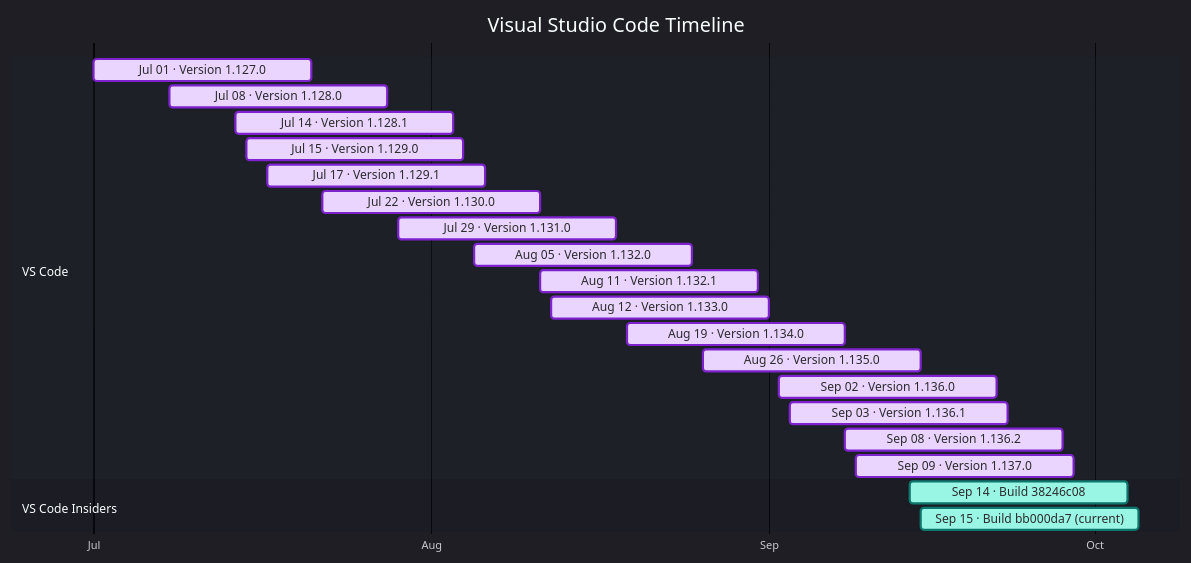
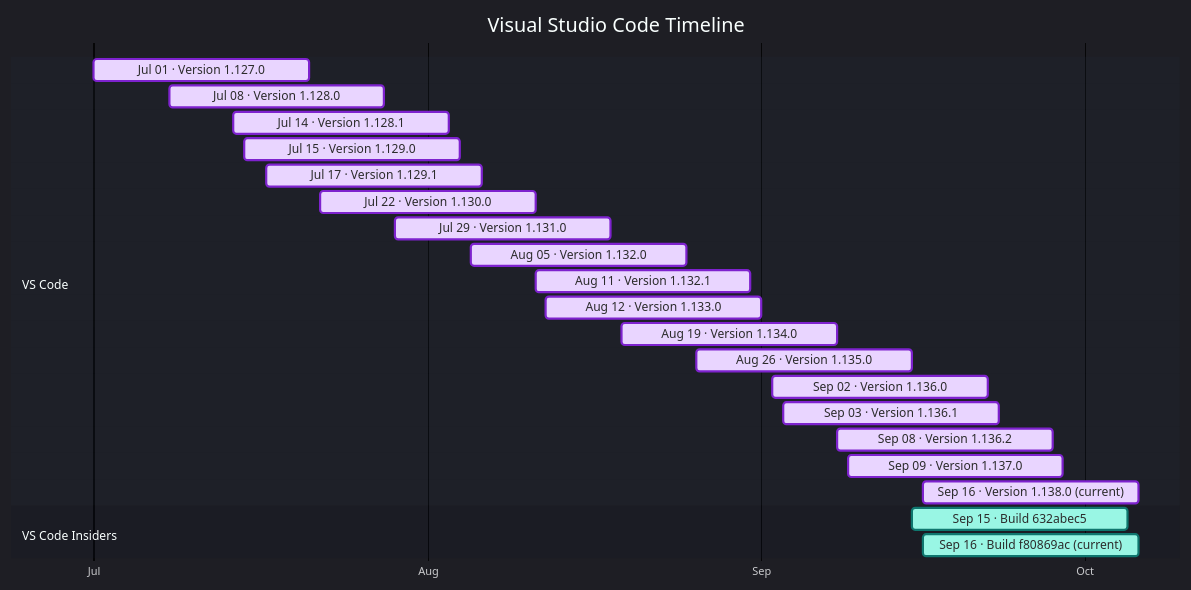
Before and after one commit to Oxelya-DevTools/VisualStudioUpdate: the diagram in docs/vscode.md, drawn with Mermaid. The commit also changed other lines of this file and 3 other files, not shown here.

````diff
--- a/docs/vscode.md
+++ b/docs/vscode.md
@@ -9,28 +9,29 @@
 ```mermaid
 %%{init: {'theme':'dark','themeVariables': { 'fontFamily': 'Segoe UI', 'fontSize': '24px', 'textColor': '#F3F4F6', 'titleTextColor': '#FFFFFF', 'taskTextColor': '#111827', 'taskTextLightColor': '#111827', 'taskTextOutsideColor': '#F3F4F6', 'taskBkgColor': '#BAE6FD', 'taskBorderColor': '#0369A1', 'doneTaskBkgColor': '#E9D5FF', 'doneTaskBorderColor': '#7E22CE', 'activeTaskBkgColor': '#99F6E4', 'activeTaskBorderColor': '#0F766E', 'critTaskBkgColor': '#FED7AA', 'critTaskBorderColor': '#C2410C', 'sectionBkgColor': '#1F2937', 'altSectionBkgColor': '#111827', 'gridColor': '#4B5563', 'todayLineColor': '#F87171' }}}%%
 gantt
     title Visual Studio Code Timeline
     dateFormat  YYYY-MM-DD
     axisFormat  %b
     tickInterval 1month
     section VS Code
     Jul 01 · Version 1.127.0 : done, vscode202607010, 2026-07-01, 20d
     Jul 08 · Version 1.128.0 : done, vscode202607081, 2026-07-08, 20d
     Jul 14 · Version 1.128.1 : done, vscode202607142, 2026-07-14, 20d
     Jul 15 · Version 1.129.0 : done, vscode202607153, 2026-07-15, 20d
     Jul 17 · Version 1.129.1 : done, vscode202607174, 2026-07-17, 20d
     Jul 22 · Version 1.130.0 : done, vscode202607225, 2026-07-22, 20d
     Jul 29 · Version 1.131.0 : done, vscode202607296, 2026-07-29, 20d
     Aug 05 · Version 1.132.0 : done, vscode202608057, 2026-08-05, 20d
     Aug 11 · Version 1.132.1 : done, vscode202608118, 2026-08-11, 20d
     Aug 12 · Version 1.133.0 : done, vscode202608129, 2026-08-12, 20d
     Aug 19 · Version 1.134.0 : done, vscode2026081910, 2026-08-19, 20d
     Aug 26 · Version 1.135.0 : done, vscode2026082611, 2026-08-26, 20d
     Sep 02 · Version 1.136.0 : done, vscode2026090212, 2026-09-02, 20d
     Sep 03 · Version 1.136.1 : done, vscode2026090313, 2026-09-03, 20d
     Sep 08 · Version 1.136.2 : done, vscode2026090814, 2026-09-08, 20d
     Sep 09 · Version 1.137.0 : done, vscode2026090915, 2026-09-09, 20d
+    Sep 16 · Version 1.138.0 (current) : done, vscode2026091616, 2026-09-16, 20d
     section VS Code Insiders
-    Sep 14 · Build 38246c08 : active, vscodeinsiders202609140, 2026-09-14, 20d
-    Sep 15 · Build bb000da7 (current) : active, vscodeinsiders202609151, 2026-09-15, 20d
+    Sep 15 · Build 632abec5 : active, vscodeinsiders202609150, 2026-09-15, 20d
+    Sep 16 · Build f80869ac (current) : active, vscodeinsiders202609161, 2026-09-16, 20d
 ```
````
